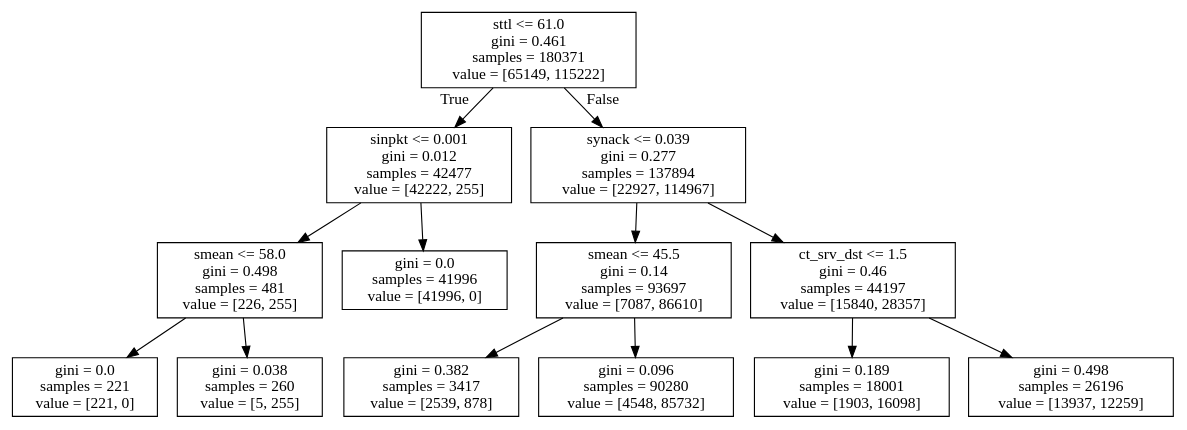
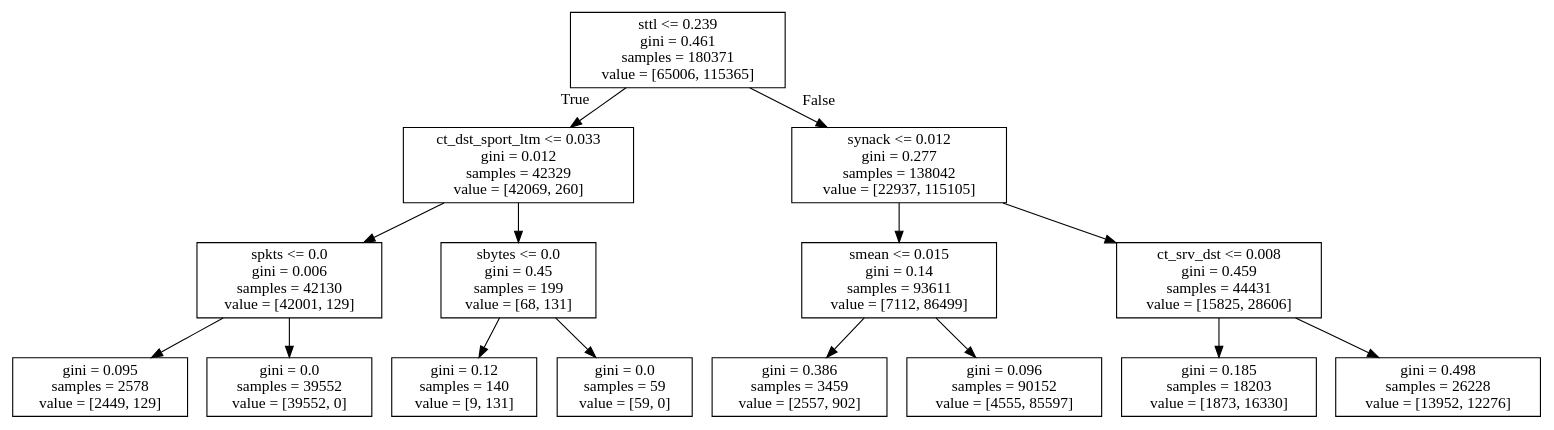
One commit to divyaKh/CMPE255Project changed the diagram in 5.ML_Models/baseline/images/decisionTree.dot. Above: the diagram before and after it, drawn with Graphviz. The commit also changed 3 other files, not shown here.

```diff
--- a/5.ML_Models/baseline/images/decisionTree.dot
+++ b/5.ML_Models/baseline/images/decisionTree.dot
@@ -1,28 +1,32 @@
 digraph Tree {
 node [shape=box] ;
-0 [label="sttl <= 61.0\ngini = 0.461\nsamples = 180371\nvalue = [65149, 115222]"] ;
-1 [label="sinpkt <= 0.001\ngini = 0.012\nsamples = 42477\nvalue = [42222, 255]"] ;
+0 [label="sttl <= 0.239\ngini = 0.461\nsamples = 180371\nvalue = [65006, 115365]"] ;
+1 [label="ct_dst_sport_ltm <= 0.033\ngini = 0.012\nsamples = 42329\nvalue = [42069, 260]"] ;
 0 -> 1 [labeldistance=2.5, labelangle=45, headlabel="True"] ;
-2 [label="smean <= 58.0\ngini = 0.498\nsamples = 481\nvalue = [226, 255]"] ;
+2 [label="spkts <= 0.0\ngini = 0.006\nsamples = 42130\nvalue = [42001, 129]"] ;
 1 -> 2 ;
-3 [label="gini = 0.0\nsamples = 221\nvalue = [221, 0]"] ;
+3 [label="gini = 0.095\nsamples = 2578\nvalue = [2449, 129]"] ;
 2 -> 3 ;
-4 [label="gini = 0.038\nsamples = 260\nvalue = [5, 255]"] ;
+4 [label="gini = 0.0\nsamples = 39552\nvalue = [39552, 0]"] ;
 2 -> 4 ;
-5 [label="gini = 0.0\nsamples = 41996\nvalue = [41996, 0]"] ;
+5 [label="sbytes <= 0.0\ngini = 0.45\nsamples = 199\nvalue = [68, 131]"] ;
 1 -> 5 ;
-6 [label="synack <= 0.039\ngini = 0.277\nsamples = 137894\nvalue = [22927, 114967]"] ;
-0 -> 6 [labeldistance=2.5, labelangle=-45, headlabel="False"] ;
-7 [label="smean <= 45.5\ngini = 0.14\nsamples = 93697\nvalue = [7087, 86610]"] ;
-6 -> 7 ;
-8 [label="gini = 0.382\nsamples = 3417\nvalue = [2539, 878]"] ;
-7 -> 8 ;
-9 [label="gini = 0.096\nsamples = 90280\nvalue = [4548, 85732]"] ;
-7 -> 9 ;
-10 [label="ct_srv_dst <= 1.5\ngini = 0.46\nsamples = 44197\nvalue = [15840, 28357]"] ;
-6 -> 10 ;
-11 [label="gini = 0.189\nsamples = 18001\nvalue = [1903, 16098]"] ;
-10 -> 11 ;
-12 [label="gini = 0.498\nsamples = 26196\nvalue = [13937, 12259]"] ;
-10 -> 12 ;
+6 [label="gini = 0.12\nsamples = 140\nvalue = [9, 131]"] ;
+5 -> 6 ;
+7 [label="gini = 0.0\nsamples = 59\nvalue = [59, 0]"] ;
+5 -> 7 ;
+8 [label="synack <= 0.012\ngini = 0.277\nsamples = 138042\nvalue = [22937, 115105]"] ;
+0 -> 8 [labeldistance=2.5, labelangle=-45, headlabel="False"] ;
+9 [label="smean <= 0.015\ngini = 0.14\nsamples = 93611\nvalue = [7112, 86499]"] ;
+8 -> 9 ;
+10 [label="gini = 0.386\nsamples = 3459\nvalue = [2557, 902]"] ;
+9 -> 10 ;
+11 [label="gini = 0.096\nsamples = 90152\nvalue = [4555, 85597]"] ;
+9 -> 11 ;
+12 [label="ct_srv_dst <= 0.008\ngini = 0.459\nsamples = 44431\nvalue = [15825, 28606]"] ;
+8 -> 12 ;
+13 [label="gini = 0.185\nsamples = 18203\nvalue = [1873, 16330]"] ;
+12 -> 13 ;
+14 [label="gini = 0.498\nsamples = 26228\nvalue = [13952, 12276]"] ;
+12 -> 14 ;
 }
```
